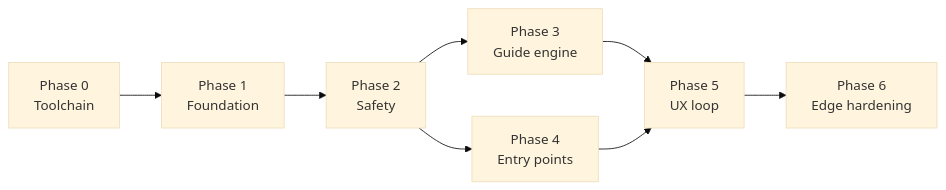
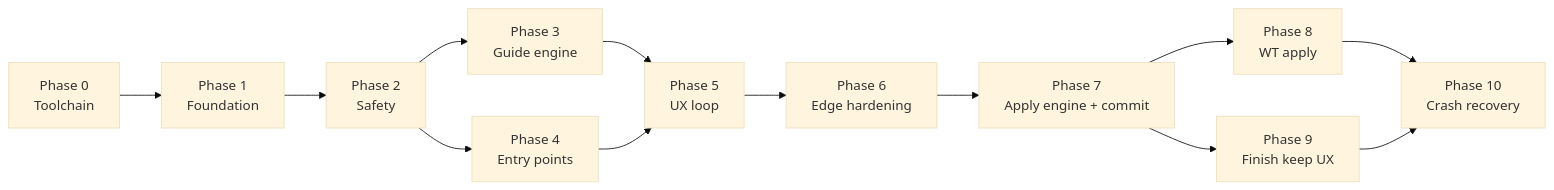
Before and after one commit to artalar/review-guider: the diagram in work-docs/progress/plan.md, drawn with Mermaid (base theme). The commit also changed other lines of this file and 85 other files, not shown here.

````diff
--- a/work-docs/progress/plan.md
+++ b/work-docs/progress/plan.md
@@ -14,10 +14,15 @@
 ```mermaid
 flowchart LR
   P0[Phase 0<br/>Toolchain] --> P1[Phase 1<br/>Foundation]
   P1 --> P2[Phase 2<br/>Safety]
   P2 --> P3[Phase 3<br/>Guide engine]
   P2 --> P4[Phase 4<br/>Entry points]
   P3 --> P5[Phase 5<br/>UX loop]
   P4 --> P5
   P5 --> P6[Phase 6<br/>Edge hardening]
+  P6 --> P7[Phase 7<br/>Apply engine + commit]
+  P7 --> P8[Phase 8<br/>WT apply]
+  P7 --> P9[Phase 9<br/>Finish keep UX]
+  P8 --> P10[Phase 10<br/>Crash recovery]
+  P9 --> P10
 ```
````
